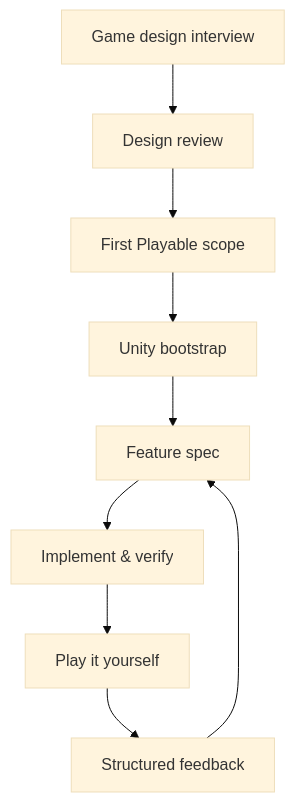
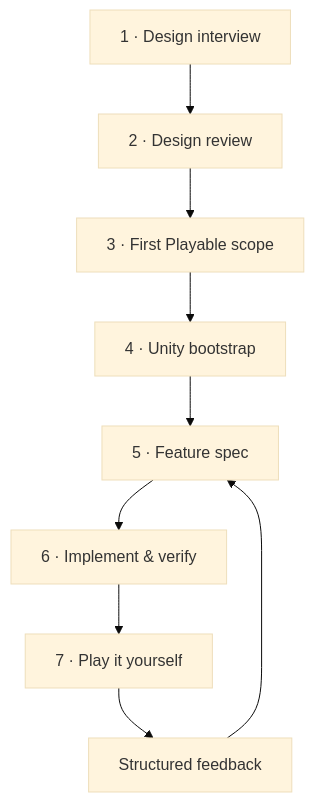
Before and after one commit to WhorideChicken/first-playable: the diagram in README.md, drawn with Mermaid (base theme). The commit also changed other lines of this file and 4 other files, not shown here.

````diff
--- a/README.md
+++ b/README.md
@@ -14,11 +42,11 @@
 ```mermaid
 flowchart TD
-    A["Game design interview"] --> B["Design review"]
-    B --> C["First Playable scope"]
-    C --> D["Unity bootstrap"]
-    D --> E["Feature spec"]
-    E --> F["Implement & verify"]
-    F --> G["Play it yourself"]
+    A["1 · Design interview"] --> B["2 · Design review"]
+    B --> C["3 · First Playable scope"]
+    C --> D["4 · Unity bootstrap"]
+    D --> E["5 · Feature spec"]
+    E --> F["6 · Implement & verify"]
+    F --> G["7 · Play it yourself"]
     G --> H["Structured feedback"]
     H --> E
 ```
````
